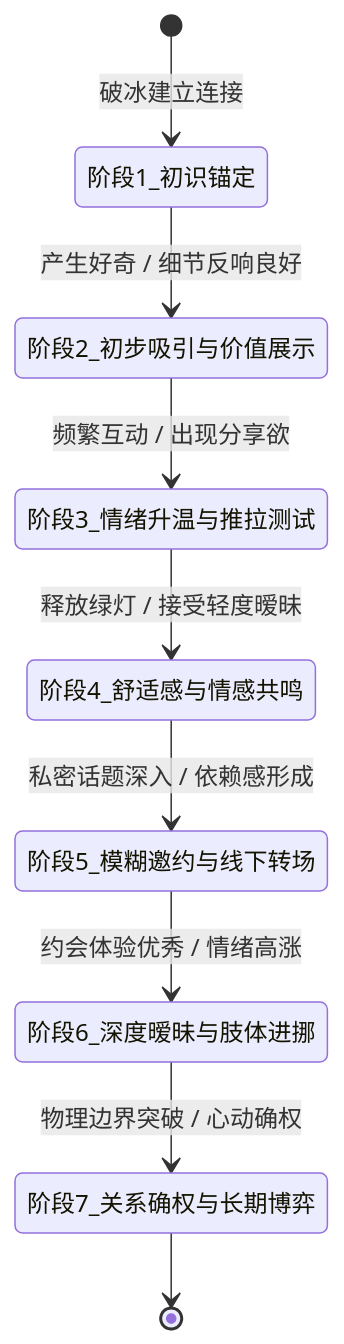
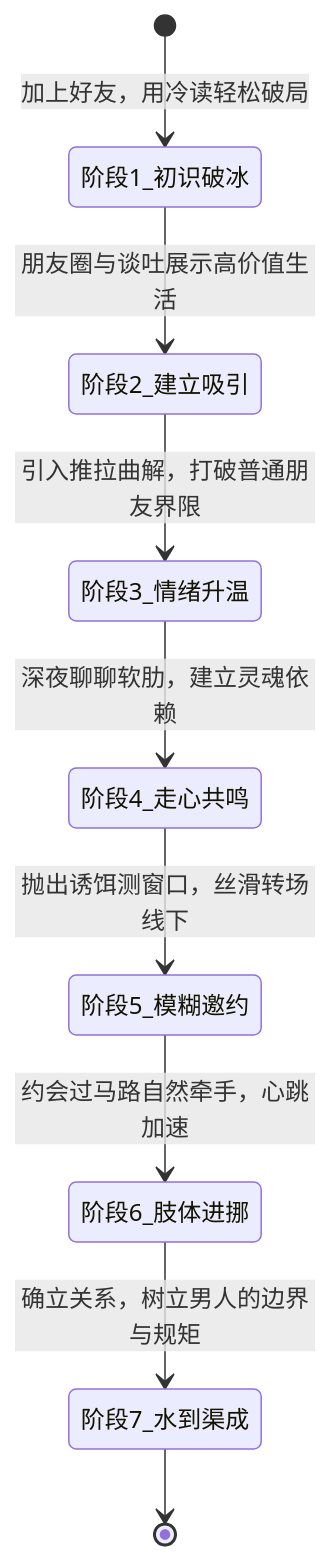
The second of 2 diagrams in README.md (CAoyinggo/emotional-push-pull), drawn with Mermaid before and after one commit. The commit also changed other lines of this file, not shown here.

````diff
--- a/README.md
+++ b/README.md
@@ -85,11 +88,11 @@
 ```mermaid
 stateDiagram-v2
-    [*] --> 阶段1_初识锚定: 破冰建立连接
-    阶段1_初识锚定 --> 阶段2_初步吸引与价值展示: 产生好奇 / 细节反响良好
-    阶段2_初步吸引与价值展示 --> 阶段3_情绪升温与推拉测试: 频繁互动 / 出现分享欲
-    阶段3_情绪升温与推拉测试 --> 阶段4_舒适感与情感共鸣: 释放绿灯 / 接受轻度暧昧
-    阶段4_舒适感与情感共鸣 --> 阶段5_模糊邀约与线下转场: 私密话题深入 / 依赖感形成
-    阶段5_模糊邀约与线下转场 --> 阶段6_深度暧昧与肢体进挪: 约会体验优秀 / 情绪高涨
-    阶段6_深度暧昧与肢体进挪 --> 阶段7_关系确权与长期博弈: 物理边界突破 / 心动确权
-    阶段7_关系确权与长期博弈 --> [*]
+    [*] --> 阶段1_初识破冰: 加上好友，用冷读轻松破局
+    阶段1_初识破冰 --> 阶段2_建立吸引: 朋友圈与谈吐展示高价值生活
+    阶段2_建立吸引 --> 阶段3_情绪升温: 引入推拉曲解，打破普通朋友界限
+    阶段3_情绪升温 --> 阶段4_走心共鸣: 深夜聊聊软肋，建立灵魂依赖
+    阶段4_走心共鸣 --> 阶段5_模糊邀约: 抛出诱饵测窗口，丝滑转场线下
+    阶段5_模糊邀约 --> 阶段6_肢体进挪: 约会过马路自然牵手，心跳加速
+    阶段6_肢体进挪 --> 阶段7_水到渠成: 确立关系，树立男人的边界与规矩
+    阶段7_水到渠成 --> [*]
 ```
````
